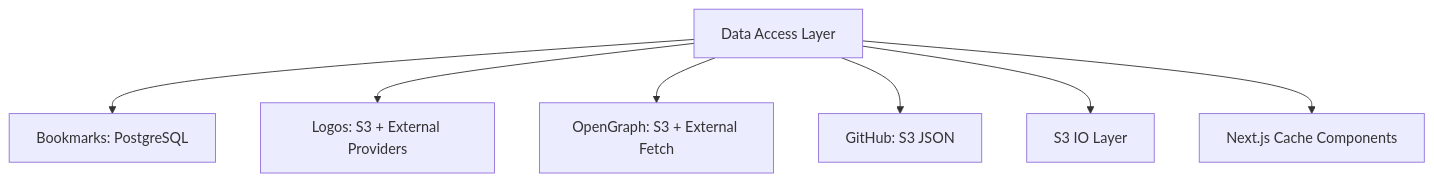
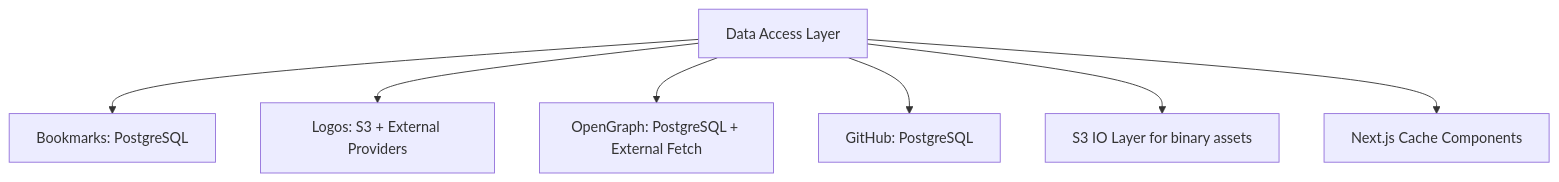
One commit to WilliamAGH/williamcallahan.com changed the diagram in docs/architecture/data-access.md. Above: the diagram before and after it, drawn with Mermaid. The commit also changed other lines of this file and 7 other files, not shown here.

First line of the commit message:
docs: update architecture and scripts for Postgres-first data model

````diff
--- a/docs/architecture/data-access.md
+++ b/docs/architecture/data-access.md
@@ -9,9 +9,9 @@
 ```mermaid
 graph TD
     A[Data Access Layer] --> B[Bookmarks: PostgreSQL]
     A --> C[Logos: S3 + External Providers]
-    A --> D[OpenGraph: S3 + External Fetch]
-    A --> E[GitHub: S3 JSON]
-    A --> F[S3 IO Layer]
+    A --> D[OpenGraph: PostgreSQL + External Fetch]
+    A --> E[GitHub: PostgreSQL]
+    A --> F[S3 IO Layer for binary assets]
     A --> G[Next.js Cache Components]
 ```
````
